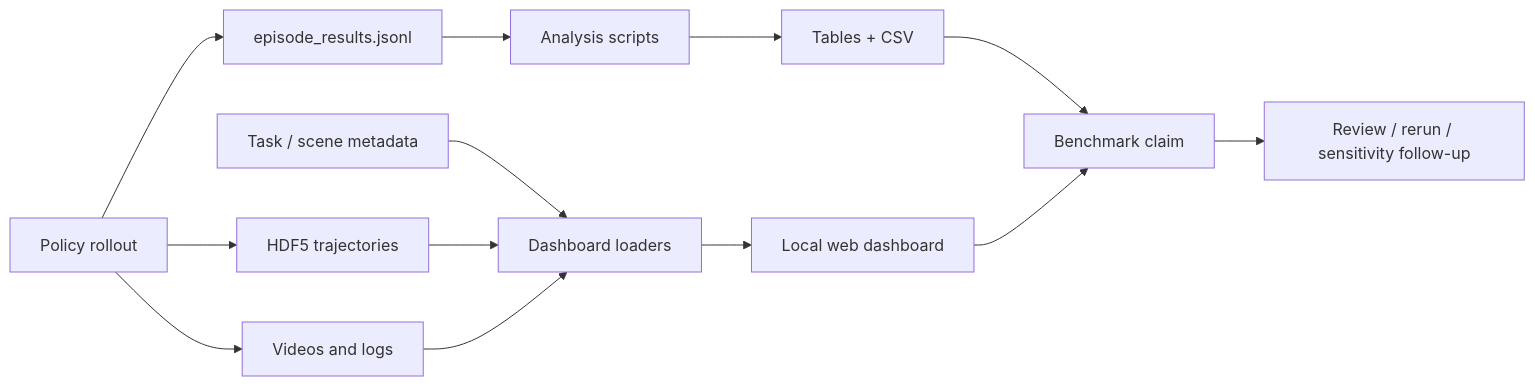
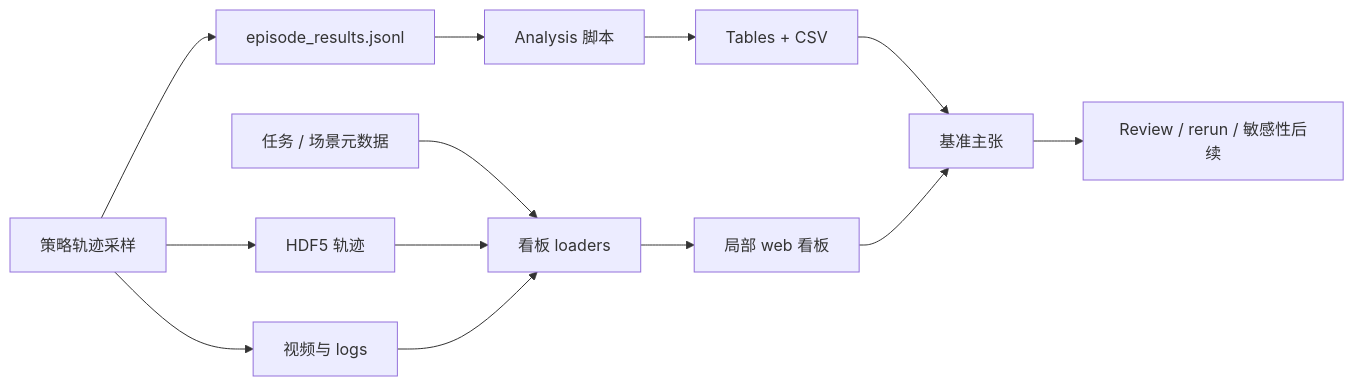
Before and after one commit to niuverse/llm-wiki: the diagram in wiki/concepts/SimulationBenchmarkReportingPipeline.md, drawn with Mermaid. The commit also changed other lines of this file and 123 other files, not shown here.

````diff
--- a/wiki/concepts/SimulationBenchmarkReportingPipeline.md
+++ b/wiki/concepts/SimulationBenchmarkReportingPipeline.md
@@ -43,15 +43,15 @@
 ```mermaid
 flowchart LR
-  A[Policy rollout] --> B[episode_results.jsonl]
-  A --> C[HDF5 trajectories]
-  A --> D[Videos and logs]
-  E[Task / scene metadata] --> F[Dashboard loaders]
-  B --> G[Analysis scripts]
+  A[策略轨迹采样] --> B[episode_results.jsonl]
+  A --> C[HDF5 轨迹]
+  A --> D[视频与 logs]
+  E[任务 / 场景元数据] --> F[看板 loaders]
+  B --> G[Analysis 脚本]
   C --> F
   D --> F
   G --> H[Tables + CSV]
-  F --> I[Local web dashboard]
-  H --> J[Benchmark claim]
+  F --> I[局部 web 看板]
+  H --> J[基准主张]
   I --> J
-  J --> K[Review / rerun / sensitivity follow-up]
+  J --> K[Review / rerun / 敏感性后续]
 ```
````
